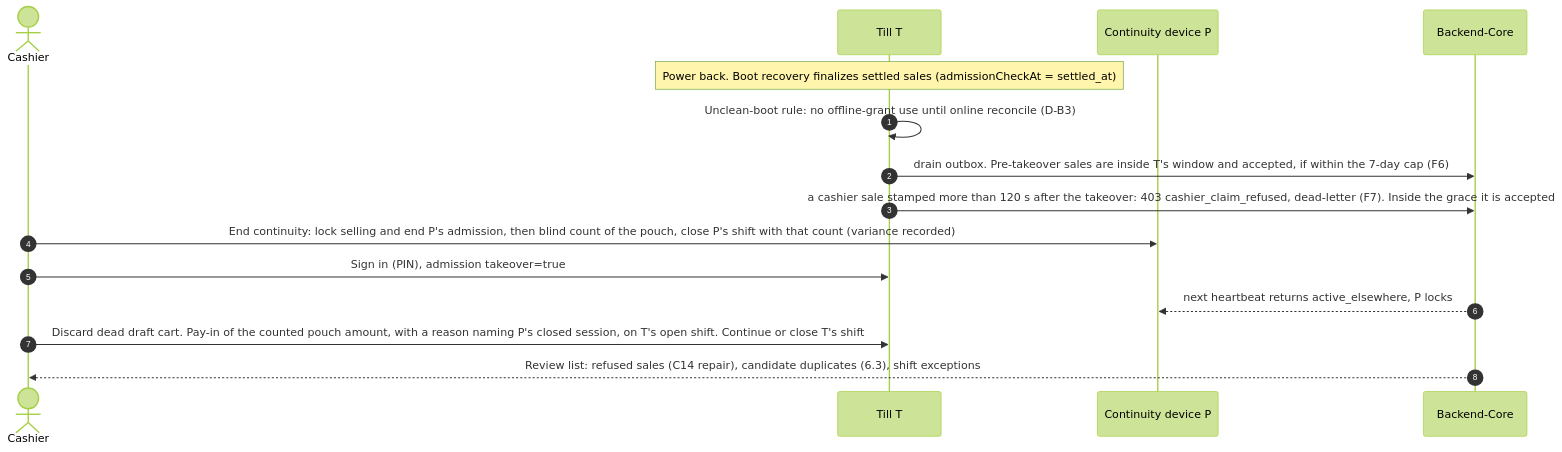
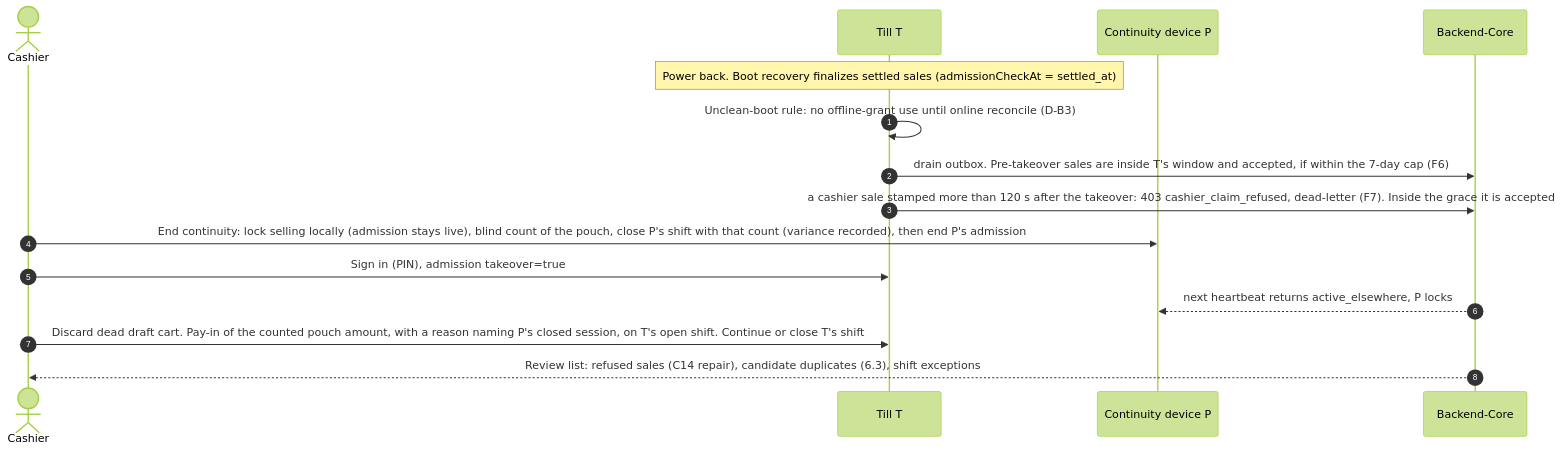
One commit to Kemetra/POS changed the second of 2 diagrams in docs/superpowers/specs/2026-10-15-rt-230-retail-client-continuity-design.md. Above: the diagram before and after it, drawn with Mermaid (forest theme). The commit also changed other lines of this file, not shown here.

First line of the commit message:
docs(rt-230): keep the phone admission live until its shift closes

````diff
--- a/docs/superpowers/specs/2026-10-15-rt-230-retail-client-continuity-design.md
+++ b/docs/superpowers/specs/2026-10-15-rt-230-retail-client-continuity-design.md
@@ -340,17 +340,17 @@
 ```mermaid
 sequenceDiagram
     autonumber
     actor C as Cashier
     participant T as Till T
     participant P as Continuity device P
     participant BC as Backend-Core
     Note over T: Power back. Boot recovery finalizes settled sales (admissionCheckAt = settled_at)
     T->>T: Unclean-boot rule: no offline-grant use until online reconcile (D-B3)
     T->>BC: drain outbox. Pre-takeover sales are inside T's window and accepted, if within the 7-day cap (F6)
     T->>BC: a cashier sale stamped more than 120 s after the takeover: 403 cashier_claim_refused, dead-letter (F7). Inside the grace it is accepted
-    C->>P: End continuity: lock selling and end P's admission, then blind count of the pouch, close P's shift with that count (variance recorded)
+    C->>P: End continuity: lock selling locally (admission stays live), blind count of the pouch, close P's shift with that count (variance recorded), then end P's admission
     C->>T: Sign in (PIN), admission takeover=true
     BC-->>P: next heartbeat returns active_elsewhere, P locks
     C->>T: Discard dead draft cart. Pay-in of the counted pouch amount, with a reason naming P's closed session, on T's open shift. Continue or close T's shift
     BC-->>C: Review list: refused sales (C14 repair), candidate duplicates (6.3), shift exceptions
 ```
````
